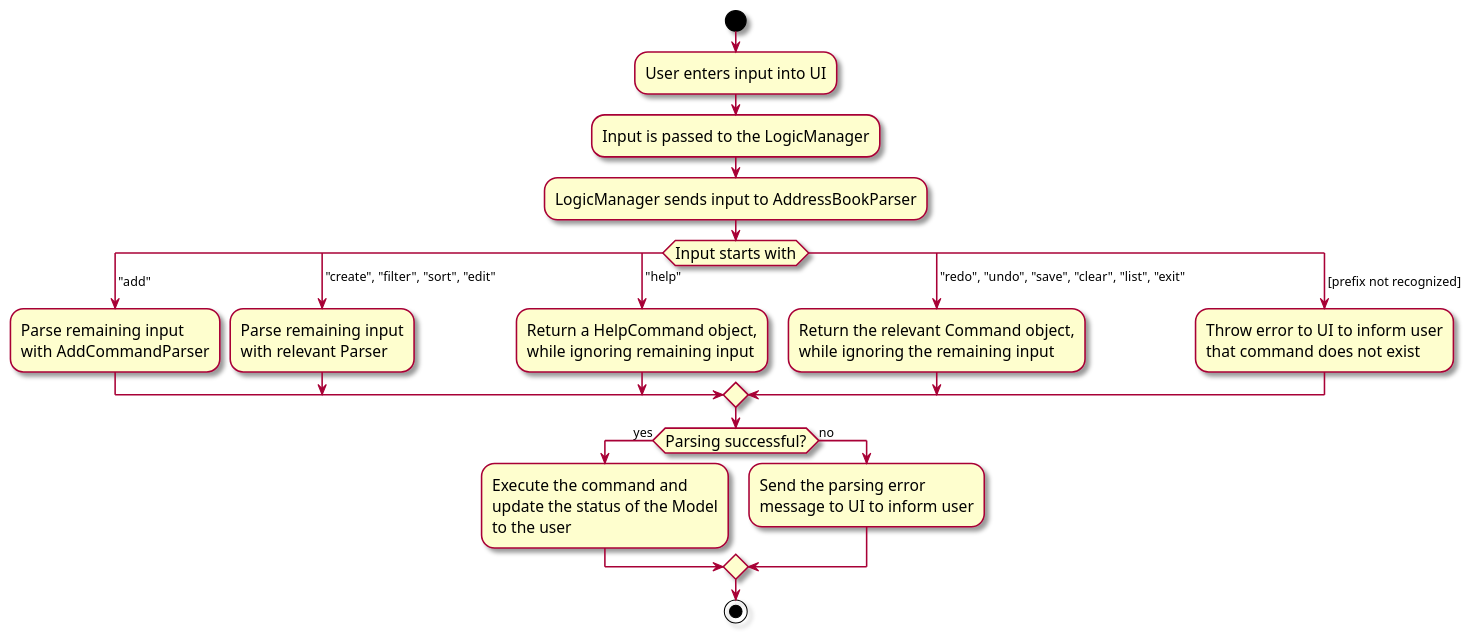
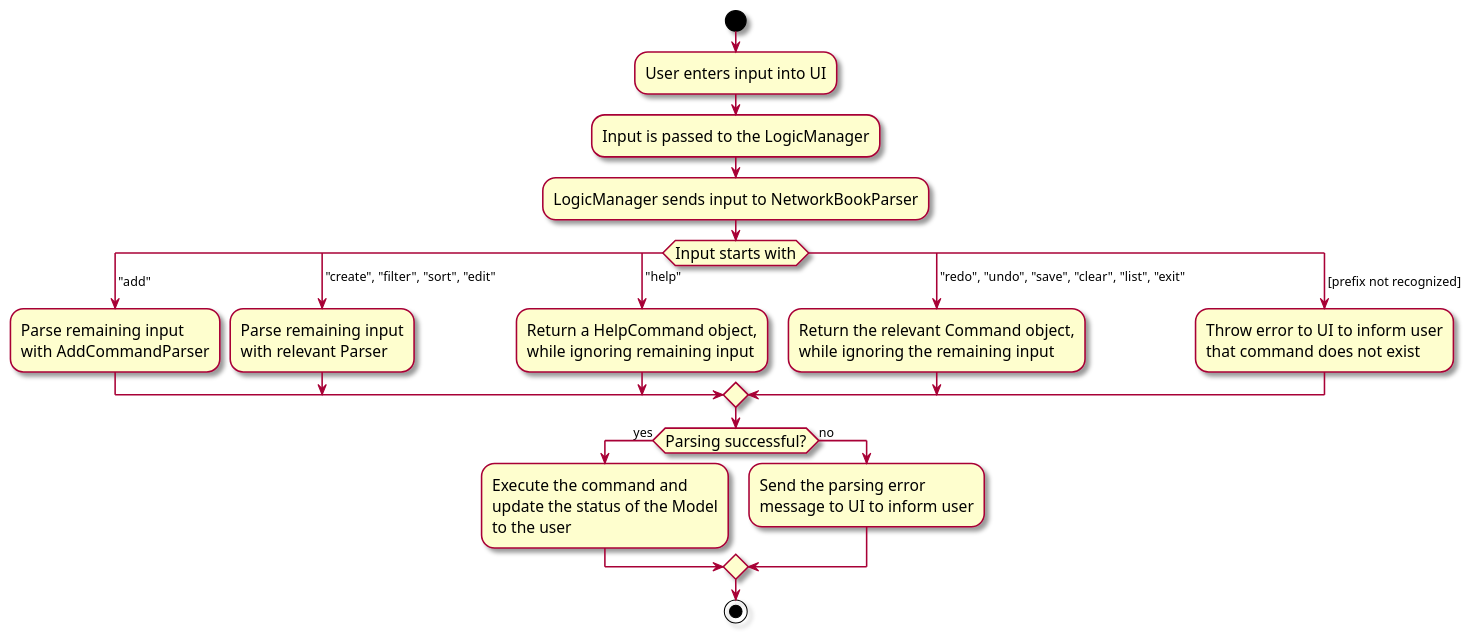
Before and after one commit to nus-cs2103-AY2324S1/tp: the diagram in docs/diagrams/AddressBookParser.puml, drawn with PlantUML. The commit also changed 3 other files, not shown here.

```diff
--- a/docs/diagrams/AddressBookParser.puml
+++ b/docs/diagrams/AddressBookParser.puml
@@ -1,40 +1,40 @@
 @startuml
 skin rose
 skinparam ActivityFontSize 15
 skinparam ArrowFontSize 12
 start
 :User enters input into UI;
 :Input is passed to the LogicManager;
-:LogicManager sends input to AddressBookParser;
+:LogicManager sends input to NetworkBookParser;
 
 'Since the beta syntax does not support placing the condition outside the
 'diamond we place it as the true branch instead.
 
 switch (Input starts with)
 case ( "add")
     :Parse remaining input
     with AddCommandParser;
 case ( "create", "filter", "sort", "edit")
     :Parse remaining input
     with relevant Parser;
 case ( "help")
     :Return a HelpCommand object,
     while ignoring remaining input;
 case ( "redo", "undo", "save", "clear", "list", "exit")
     :Return the relevant Command object,
     while ignoring the remaining input;
 case ( [prefix not recognized])
     :Throw error to UI to inform user
     that command does not exist;
 endswitch
 
 if (Parsing successful?) is (yes) then
   :Execute the command and
   update the status of the Model
   to the user;
 else (no)
   :Send the parsing error
   message to UI to inform user;
 endif
 stop
 @enduml
```
